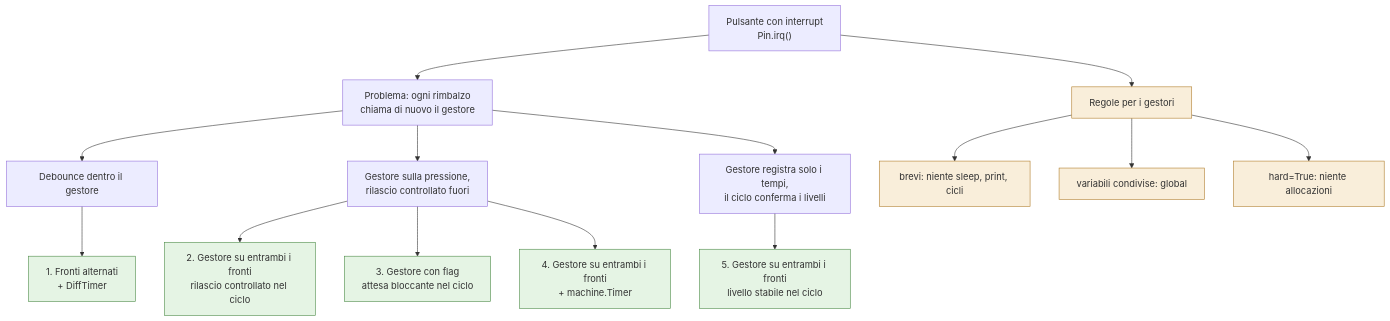
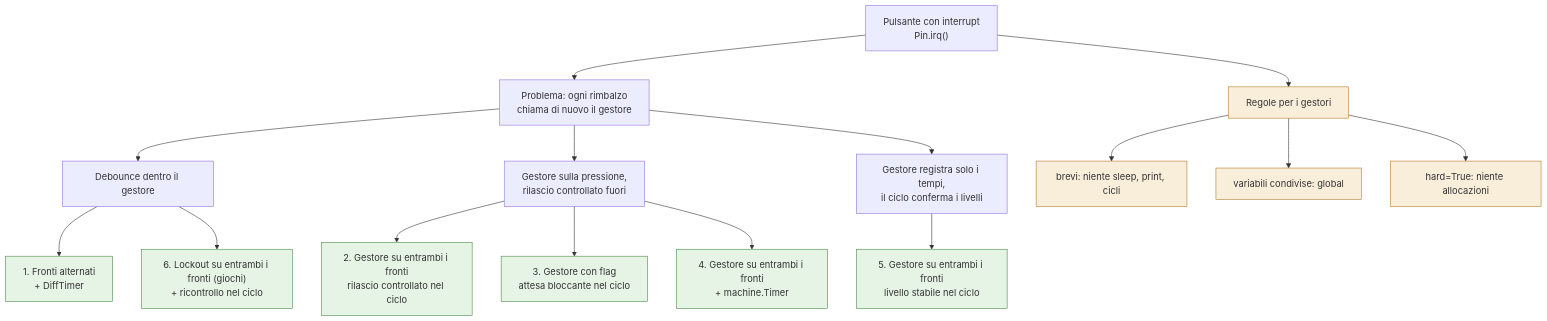
Before and after one commit to sebastianomelita/ArduinoBareMetal: the diagram in pulsanti-interrupt-mpy.md, drawn with Mermaid. The commit also changed other lines of this file and 1 other file, not shown here.

````diff
--- a/pulsanti-interrupt-mpy.md
+++ b/pulsanti-interrupt-mpy.md
@@ -24,20 +24,21 @@
 ```mermaid
 flowchart TD
     C["Pulsante con interrupt<br/>Pin.irq()"] --> D["Problema: ogni rimbalzo<br/>chiama di nuovo il gestore"]
     C --> R["Regole per i gestori"]
     D --> G1["Debounce dentro il gestore"]
     D --> L["Gestore sulla pressione,<br/>rilascio controllato fuori"]
     G1 --> T1["1. Fronti alternati<br/>+ DiffTimer"]
     L --> T2["2. Gestore su entrambi i fronti<br/>rilascio controllato nel ciclo"]
     L --> T3["3. Gestore con flag<br/>attesa bloccante nel ciclo"]
     L --> T4["4. Gestore su entrambi i fronti<br/>+ machine.Timer"]
     D --> S["Gestore registra solo i tempi,<br/>il ciclo conferma i livelli"]
     S --> T5["5. Gestore su entrambi i fronti<br/>livello stabile nel ciclo"]
+    G1 --> T6["6. Lockout su entrambi i fronti (giochi)<br/>+ ricontrollo nel ciclo"]
     R --> R1["brevi: niente sleep, print, cicli"]
     R --> R2["variabili condivise: global"]
     R --> R3["hard=True: niente allocazioni"]
     classDef tecnica fill:#e5f4e4,stroke:#4a8a46
     classDef regola fill:#f9eeda,stroke:#b07d2b
-    class T1,T2,T3,T4,T5 tecnica
+    class T1,T2,T3,T4,T5,T6 tecnica
     class R,R1,R2,R3 regola
 ```
````
